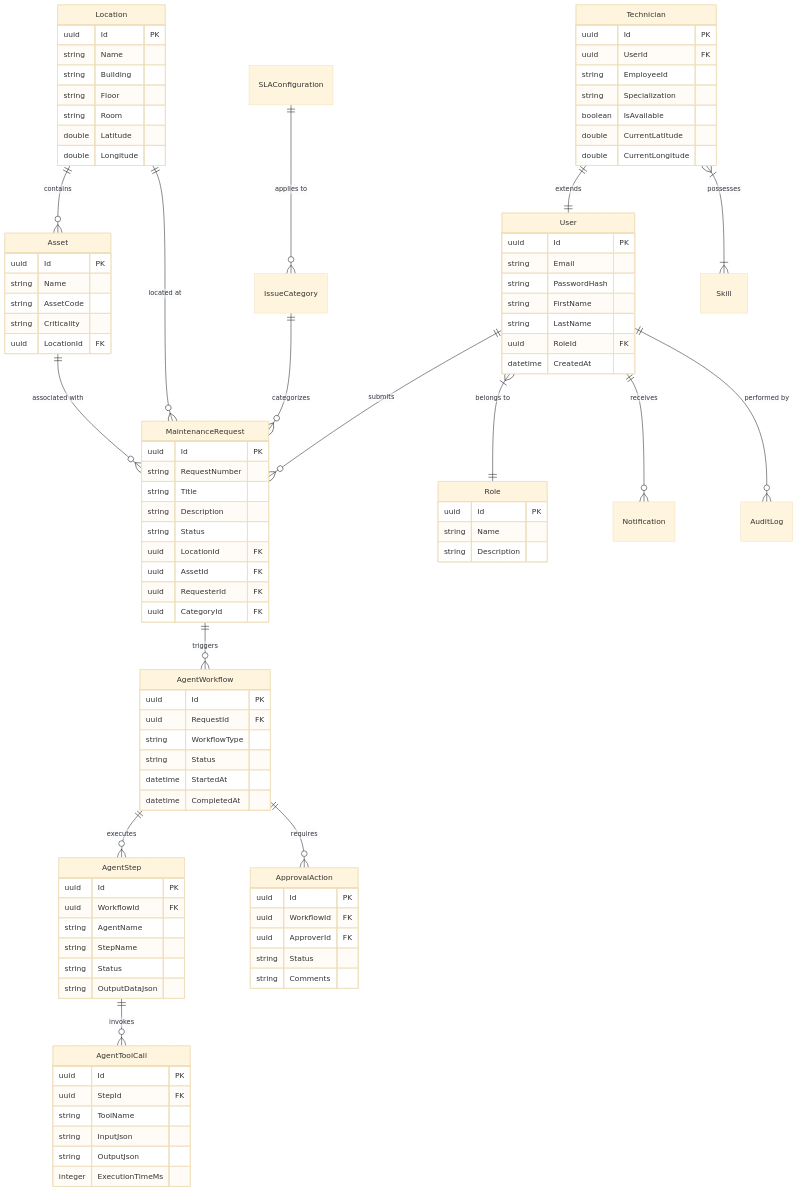
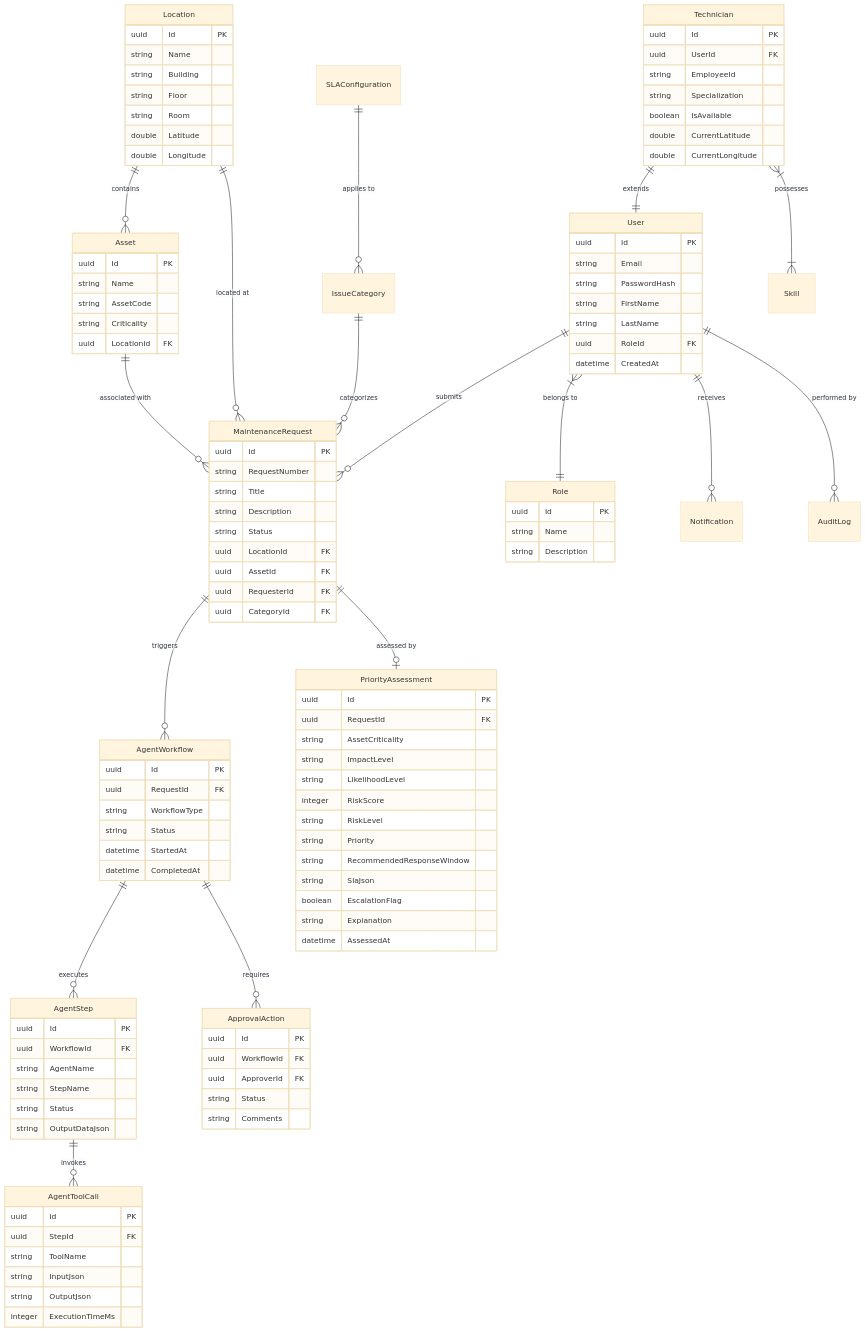
Before and after one commit to IT24103258/SEF_KDY_AI_07: the diagram in database/diagrams/ERD.md, drawn with Mermaid (base theme). The commit also changed 9 other files, not shown here.

````diff
--- a/database/diagrams/ERD.md
+++ b/database/diagrams/ERD.md
@@ -21,6 +21,7 @@
     User ||--o{ AuditLog : "performed by"
     
     SLAConfiguration ||--o{ IssueCategory : "applies to"
+    MaintenanceRequest ||--o| PriorityAssessment : "assessed by"
 
     User {
         uuid Id PK
@@ -112,4 +113,20 @@
         string Status
         string Comments
     }
+
+    PriorityAssessment {
+        uuid Id PK
+        uuid RequestId FK
+        string AssetCriticality
+        string ImpactLevel
+        string LikelihoodLevel
+        integer RiskScore
+        string RiskLevel
+        string Priority
+        string RecommendedResponseWindow
+        string SlaJson
+        boolean EscalationFlag
+        string Explanation
+        datetime AssessedAt
+    }
 ```
````
